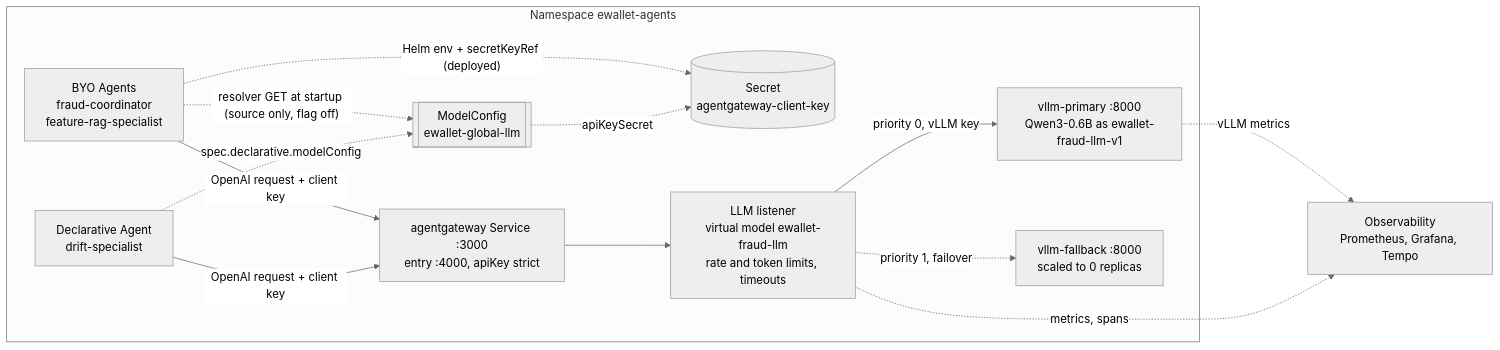
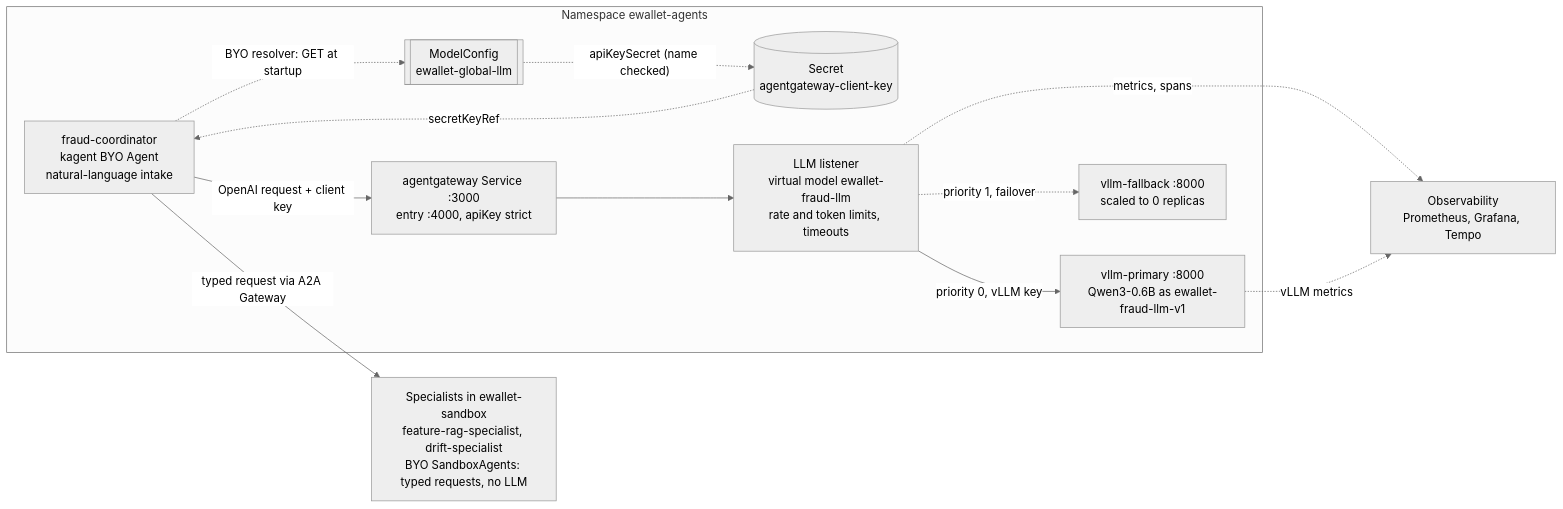
Before and after one commit to HuyyGiaa/ewallet-data-ai-platform: the diagram in docs/edai2/llm/LLM_PLATFORM.md, drawn with Mermaid (neutral theme). The commit also changed other lines of this file and 3 other files, not shown here.

First line of the commit message:
docs(agents,llm): align LLM_PLATFORM with the BYO + SandboxAgent topology and rewrite Agent evidence as a technical report

````diff
--- a/docs/edai2/llm/LLM_PLATFORM.md
+++ b/docs/edai2/llm/LLM_PLATFORM.md
@@ -35,25 +27,24 @@
 ```mermaid
 flowchart LR
   subgraph NS[Namespace ewallet-agents]
-    D["Declarative Agent<br/>drift-specialist"]
-    B["BYO Agents<br/>fraud-coordinator<br/>feature-rag-specialist"]
+    C["fraud-coordinator<br/>kagent BYO Agent<br/>natural-language intake"]
     MC[["ModelConfig<br/>ewallet-global-llm"]]
     S[("Secret<br/>agentgateway-client-key")]
     G["agentgateway Service :3000<br/>entry :4000, apiKey strict"]
     L["LLM listener<br/>virtual model ewallet-fraud-llm<br/>rate and token limits, timeouts"]
     P["vllm-primary :8000<br/>Qwen3-0.6B as ewallet-fraud-llm-v1"]
     F["vllm-fallback :8000<br/>scaled to 0 replicas"]
   end
+  SP["Specialists in ewallet-sandbox<br/>feature-rag-specialist, drift-specialist<br/>BYO SandboxAgents: typed requests, no LLM"]
   O["Observability<br/>Prometheus, Grafana, Tempo"]
-  D -. "spec.declarative.modelConfig" .-> MC
-  MC -. "apiKeySecret" .-> S
-  B -. "Helm env + secretKeyRef (deployed)" .-> S
-  B -. "resolver GET at startup (source only, flag off)" .-> MC
-  D -- "OpenAI request + client key" --> G
-  B -- "OpenAI request + client key" --> G
+  C -. "BYO resolver: GET at startup" .-> MC
+  MC -. "apiKeySecret (name checked)" .-> S
+  S -. "secretKeyRef" .-> C
+  C -- "OpenAI request + client key" --> G
+  C -- "typed request via A2A Gateway" --> SP
   G --> L
   L -- "priority 0, vLLM key" --> P
   L -. "priority 1, failover" .-> F
   L -. "metrics, spans" .-> O
   P -. "vLLM metrics" .-> O
 ```
````
